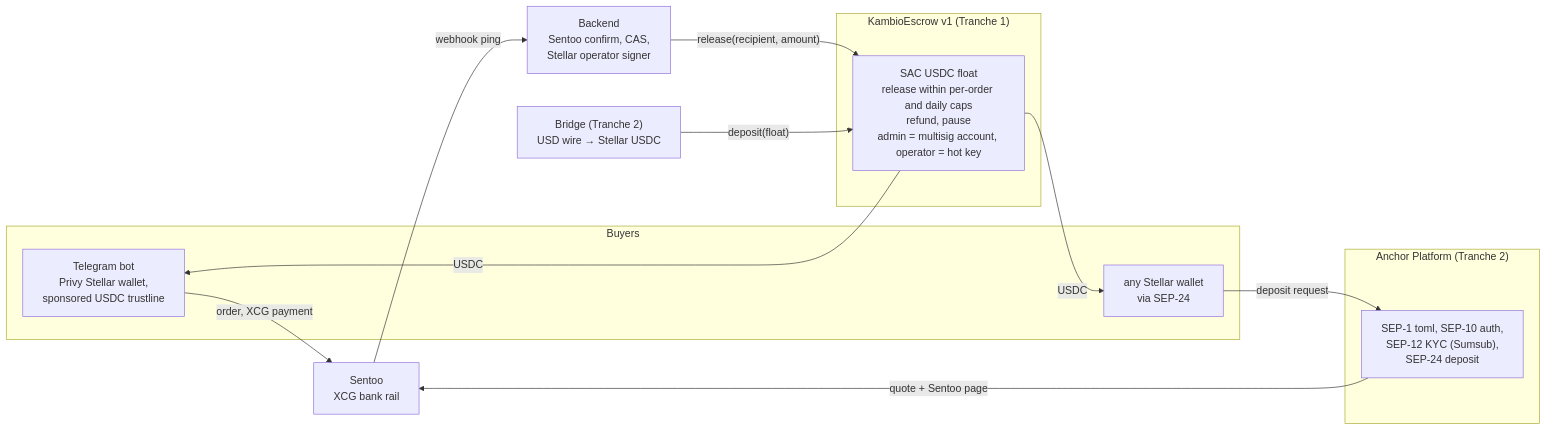
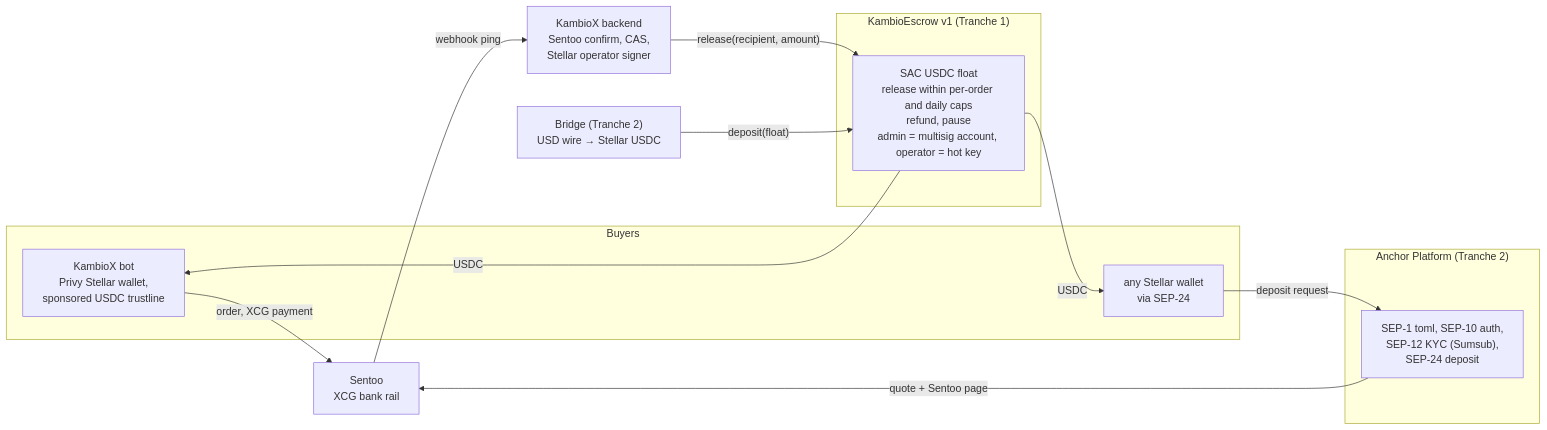
One commit to BreadchainCoop/curacao-crypto-onramp-bot changed the seventh of 8 diagrams in contracts/stellar/ARCHITECTURE.md. Above: the diagram before and after it, drawn with Mermaid. The commit also changed other lines of this file, not shown here.

Commit message:
docs(stellar): name the KambioX bot and backend in the diagrams

````diff
--- a/contracts/stellar/ARCHITECTURE.md
+++ b/contracts/stellar/ARCHITECTURE.md
@@ -215,25 +215,25 @@
 ```mermaid
 flowchart LR
   subgraph Buyers
-    BOT["Telegram bot<br/>Privy Stellar wallet,<br/>sponsored USDC trustline"]
+    BOT["KambioX bot<br/>Privy Stellar wallet,<br/>sponsored USDC trustline"]
     W["any Stellar wallet<br/>via SEP-24"]
   end
   subgraph Anchor["Anchor Platform (Tranche 2)"]
     SEP["SEP-1 toml, SEP-10 auth,<br/>SEP-12 KYC (Sumsub),<br/>SEP-24 deposit"]
   end
-  BE["Backend<br/>Sentoo confirm, CAS,<br/>Stellar operator signer"]
+  BE["KambioX backend<br/>Sentoo confirm, CAS,<br/>Stellar operator signer"]
   subgraph Contract["KambioEscrow v1 (Tranche 1)"]
     KE["SAC USDC float<br/>release within per-order and daily caps<br/>refund, pause<br/>admin = multisig account, operator = hot key"]
   end
   S["Sentoo<br/>XCG bank rail"]
   BR["Bridge (Tranche 2)<br/>USD wire → Stellar USDC"]
 
   BOT -->|"order, XCG payment"| S
   W -->|"deposit request"| SEP
   SEP -->|"quote + Sentoo page"| S
   S -->|"webhook ping"| BE
   BE -->|"release(recipient, amount)"| KE
   KE -->|"USDC"| BOT
   KE -->|"USDC"| W
   BR -->|"deposit(float)"| KE
 ```
````
